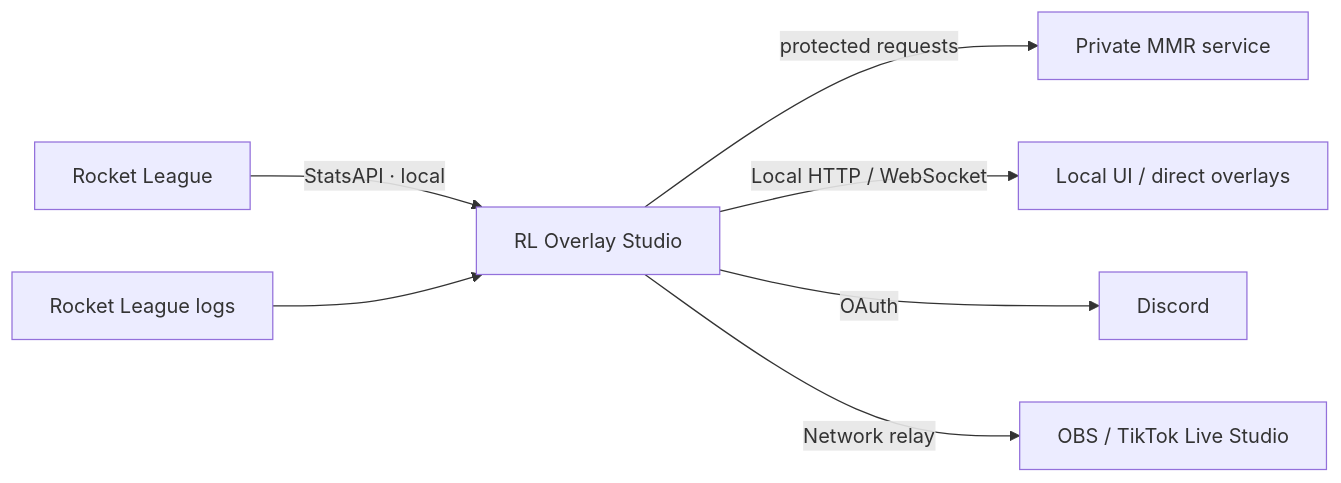
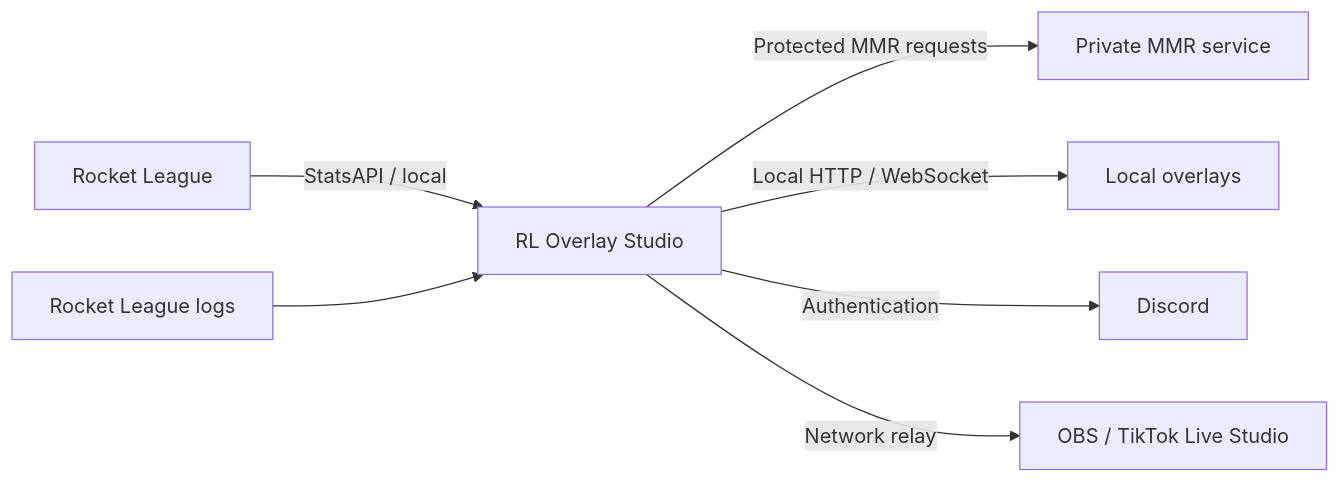
The diagram in README.md (Lukiseven/-RL-Overlay-Studio-Best-MMR-WIN-LOSES-STREAK-Overlay-Rocket-League), drawn with Mermaid before and after one commit. The commit also changed other lines of this file, not shown here.

````diff
--- a/README.md
+++ b/README.md
@@ -146,9 +177,9 @@
 ```mermaid
 flowchart LR
-    RL["Rocket League"] -->|"StatsAPI · local"| APP["RL Overlay Studio"]
+    RL["Rocket League"] -->|"StatsAPI / local"| APP["RL Overlay Studio"]
     LOG["Rocket League logs"] --> APP
-    APP -->|"protected requests"| PRIVATE["Private MMR service"]
-    APP -->|"Local HTTP / WebSocket"| LOCAL["Local UI / direct overlays"]
-    APP -->|"OAuth"| DISCORD["Discord"]
+    APP -->|"Protected MMR requests"| PRIVATE["Private MMR service"]
+    APP -->|"Local HTTP / WebSocket"| LOCAL["Local overlays"]
+    APP -->|"Authentication"| DISCORD["Discord"]
     APP -->|"Network relay"| STREAM["OBS / TikTok Live Studio"]
 ```
````
